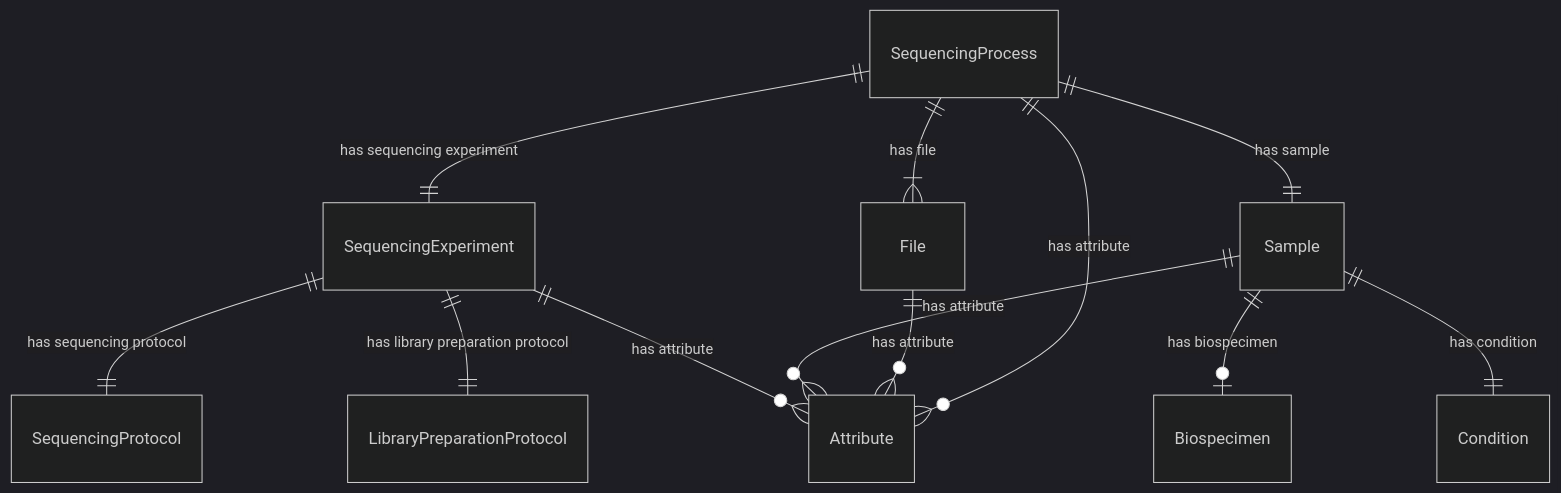
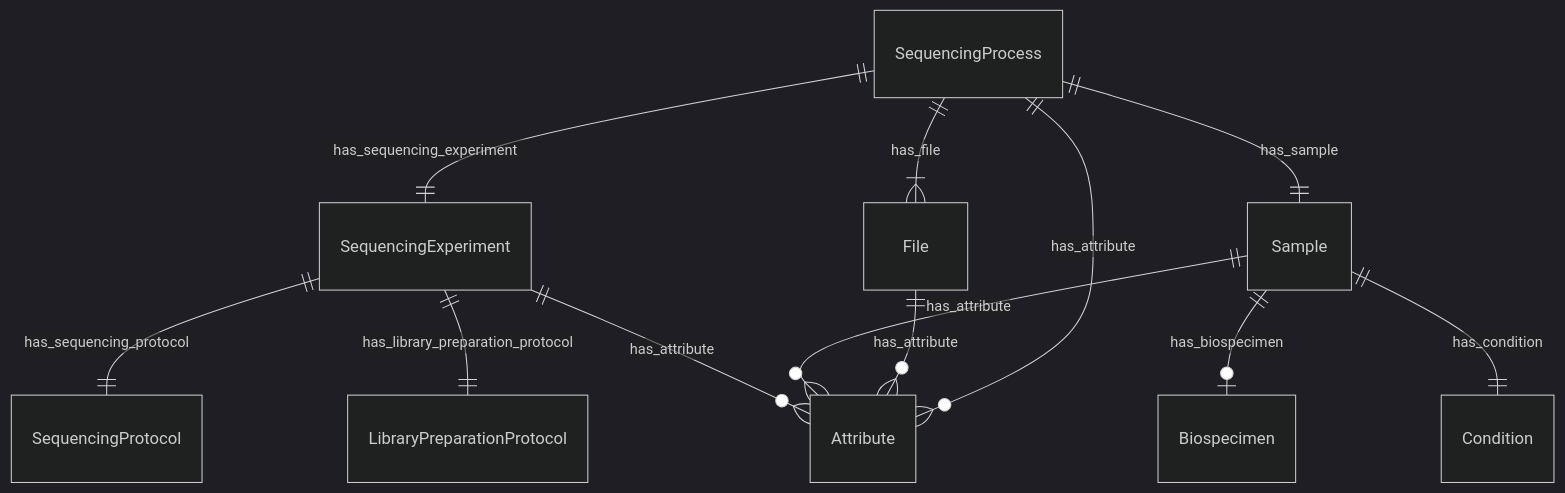
Before and after one commit to ghga-de/ghga-metadata-schema: the third of 7 diagrams in docs/entity_relations.md, drawn with Mermaid (dark theme). The commit also changed other lines of this file and 541 other files, not shown here.

````diff
--- a/docs/entity_relations.md
+++ b/docs/entity_relations.md
@@ -178,28 +178,28 @@
 ```mermaid
 erDiagram
 SequencingProcess {
 
 }
 File {
 
 }
 Sample {
 
 }
 SequencingExperiment {
 
 }
 
-SequencingProcess ||--}| File : "has file"
-SequencingProcess ||--|| SequencingExperiment : "has sequencing experiment"
-SequencingProcess ||--|| Sample : "has sample"
-SequencingProcess ||--}o Attribute : "has attribute"
-File ||--}o Attribute : "has attribute"
-Sample ||--|o Biospecimen : "has biospecimen"
-Sample ||--|| Condition : "has condition"
-Sample ||--}o Attribute : "has attribute"
-SequencingExperiment ||--|| SequencingProtocol : "has sequencing protocol"
-SequencingExperiment ||--|| LibraryPreparationProtocol : "has library preparation protocol"
-SequencingExperiment ||--}o Attribute : "has attribute"
+SequencingProcess ||--}| File : "has_file"
+SequencingProcess ||--|| SequencingExperiment : "has_sequencing_experiment"
+SequencingProcess ||--|| Sample : "has_sample"
+SequencingProcess ||--}o Attribute : "has_attribute"
+File ||--}o Attribute : "has_attribute"
+Sample ||--|o Biospecimen : "has_biospecimen"
+Sample ||--|| Condition : "has_condition"
+Sample ||--}o Attribute : "has_attribute"
+SequencingExperiment ||--|| SequencingProtocol : "has_sequencing_protocol"
+SequencingExperiment ||--|| LibraryPreparationProtocol : "has_library_preparation_protocol"
+SequencingExperiment ||--}o Attribute : "has_attribute"
 
 ```
````
